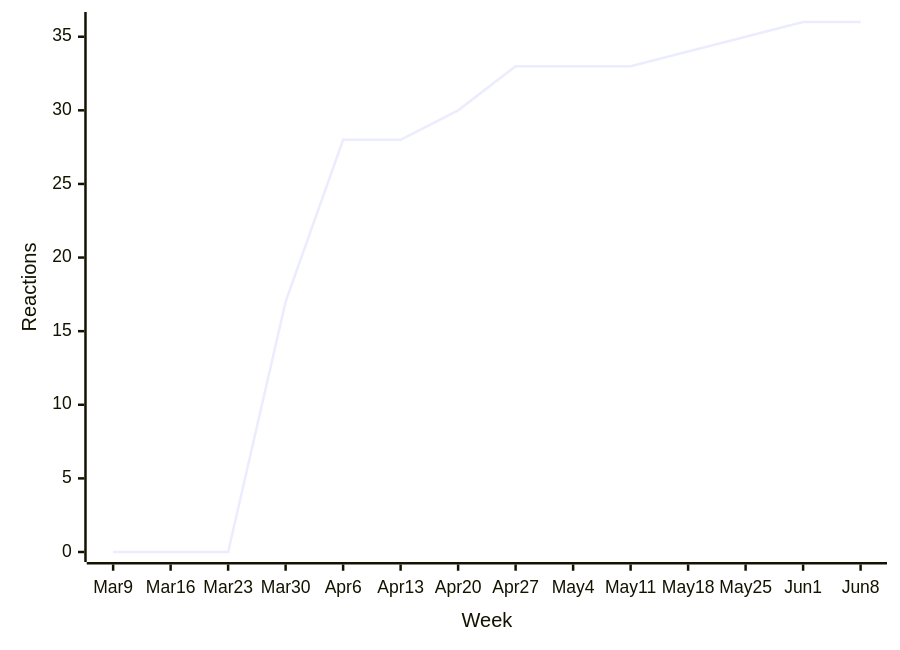
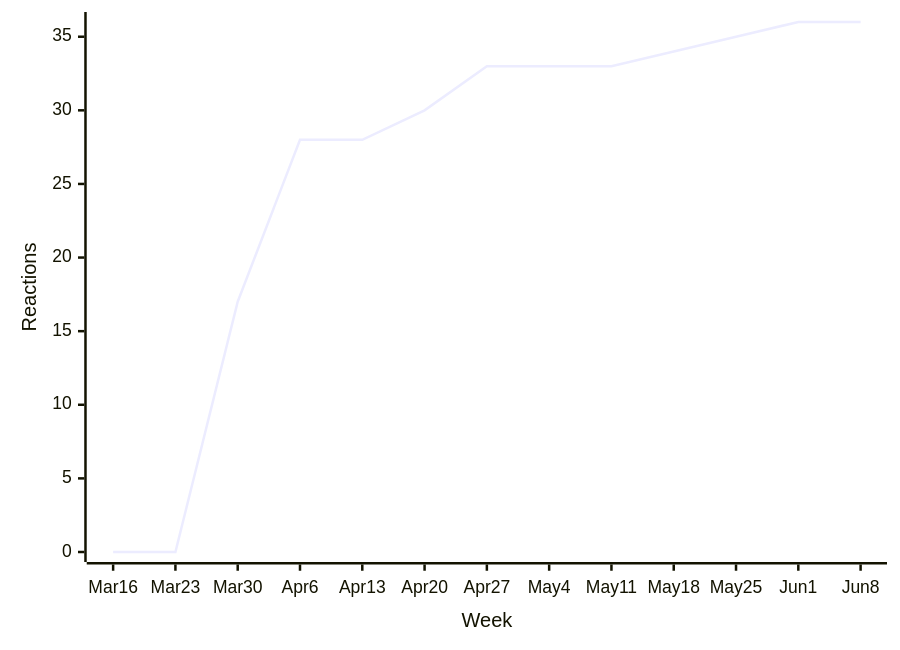
One commit to loic-sharma/github-insights changed the first of 45 diagrams in README.md. Above: the diagram before and after it, drawn with Mermaid. The commit also changed other lines of this file and 3 other files, not shown here.

````diff
--- a/README.md
+++ b/README.md
@@ -339,6 +339,6 @@
   ```mermaid
   xychart-beta
-    x-axis "Week" [Mar 9, Mar 16, Mar 23, Mar 30, Apr 6, Apr 13, Apr 20, Apr 27, May 4, May 11, May 18, May 25, Jun 1, Jun 8]
+    x-axis "Week" [Mar 16, Mar 23, Mar 30, Apr 6, Apr 13, Apr 20, Apr 27, May 4, May 11, May 18, May 25, Jun 1, Jun 8]
     y-axis "Reactions"
-    line [0, 0, 0, 17, 28, 28, 30, 33, 33, 33, 34, 35, 36, 36]
+    line [0, 0, 17, 28, 28, 30, 33, 33, 33, 34, 35, 36, 36]
   ```
````
